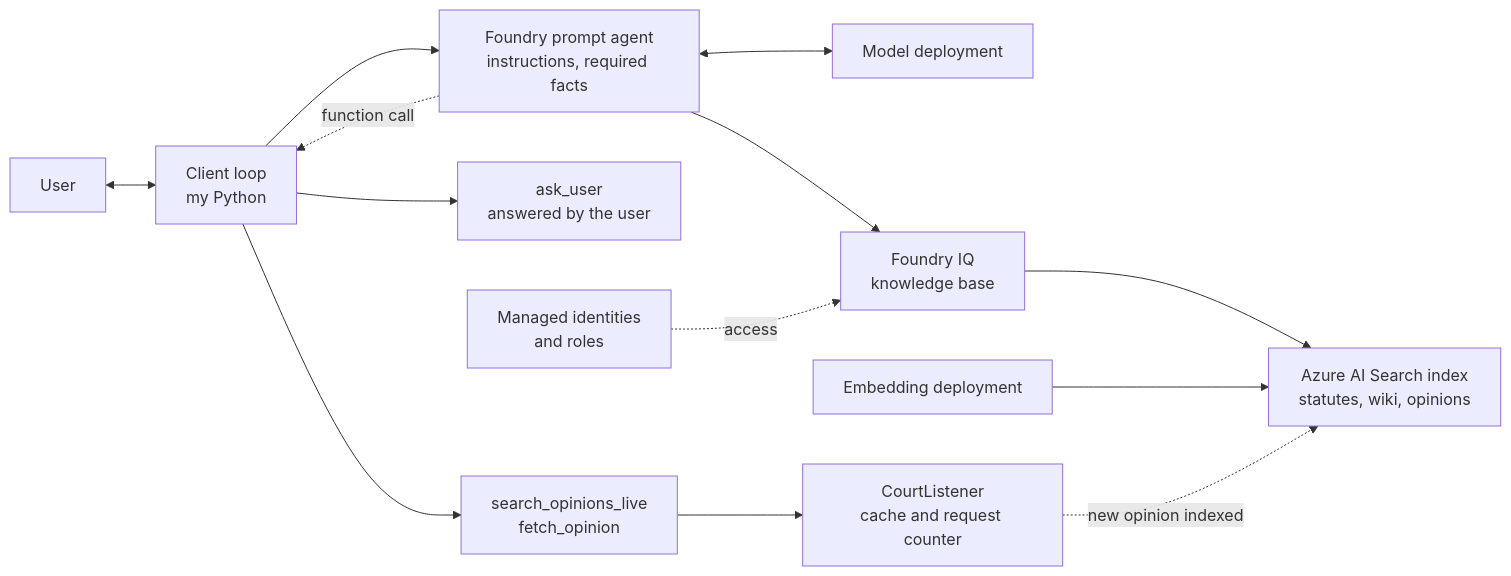
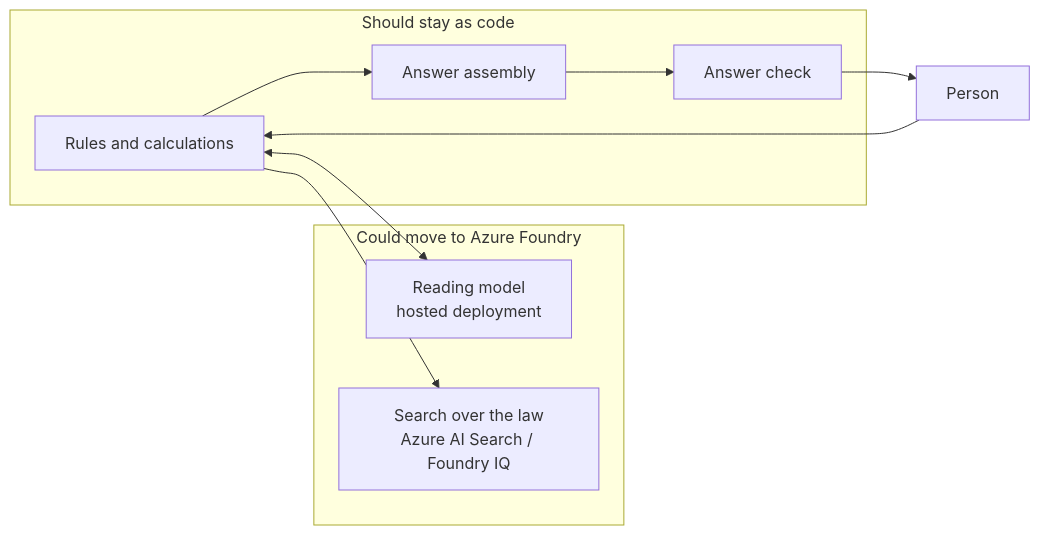
One commit to Haddley/haddley.github.io changed the third of 3 diagrams in content/azurefoundryagent7.md. Above: the diagram before and after it, drawn with Mermaid. The commit also changed other lines of this file and 6 other files, not shown here.

````diff
--- a/content/azurefoundryagent7.md
+++ b/content/azurefoundryagent7.md
@@ -186,15 +211,16 @@
 ```mermaid
 flowchart LR
-    U["User"] <--> CL["Client loop<br/>my Python"]
-    CL --> AG["Foundry prompt agent<br/>instructions, required facts"]
-    AG <--> M["Model deployment"]
-    AG --> KB["Foundry IQ<br/>knowledge base"]
-    KB --> SR["Azure AI Search index<br/>statutes, wiki, opinions"]
-    EM["Embedding deployment"] --> SR
-    AG -. "function call" .-> CL
-    CL --> ASK["ask_user<br/>answered by the user"]
-    CL --> OP["search_opinions_live<br/>fetch_opinion"]
-    OP --> CT["CourtListener<br/>cache and request counter"]
-    CT -. "new opinion indexed" .-> SR
-    ID["Managed identities<br/>and roles"] -. "access" .-> KB
+    subgraph Foundry["Could move to Azure Foundry"]
+        M["Reading model<br/>hosted deployment"]
+        S["Search over the law<br/>Azure AI Search / Foundry IQ"]
+    end
+    subgraph Mine["Should stay as code"]
+        RU["Rules and calculations"]
+        GT["Answer check"]
+        AS["Answer assembly"]
+    end
+    P["Person"] --> RU
+    RU <--> M
+    RU --> S
+    RU --> AS --> GT --> P
 ```
````
